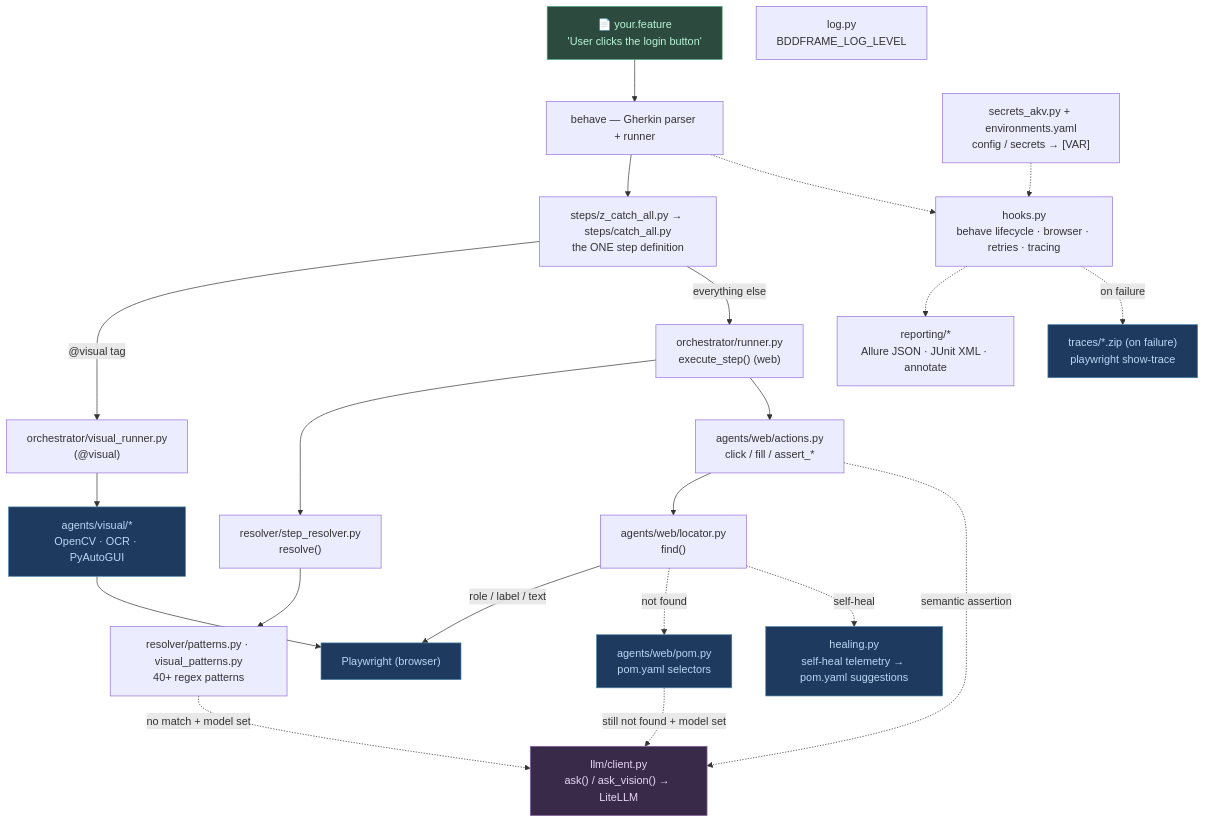
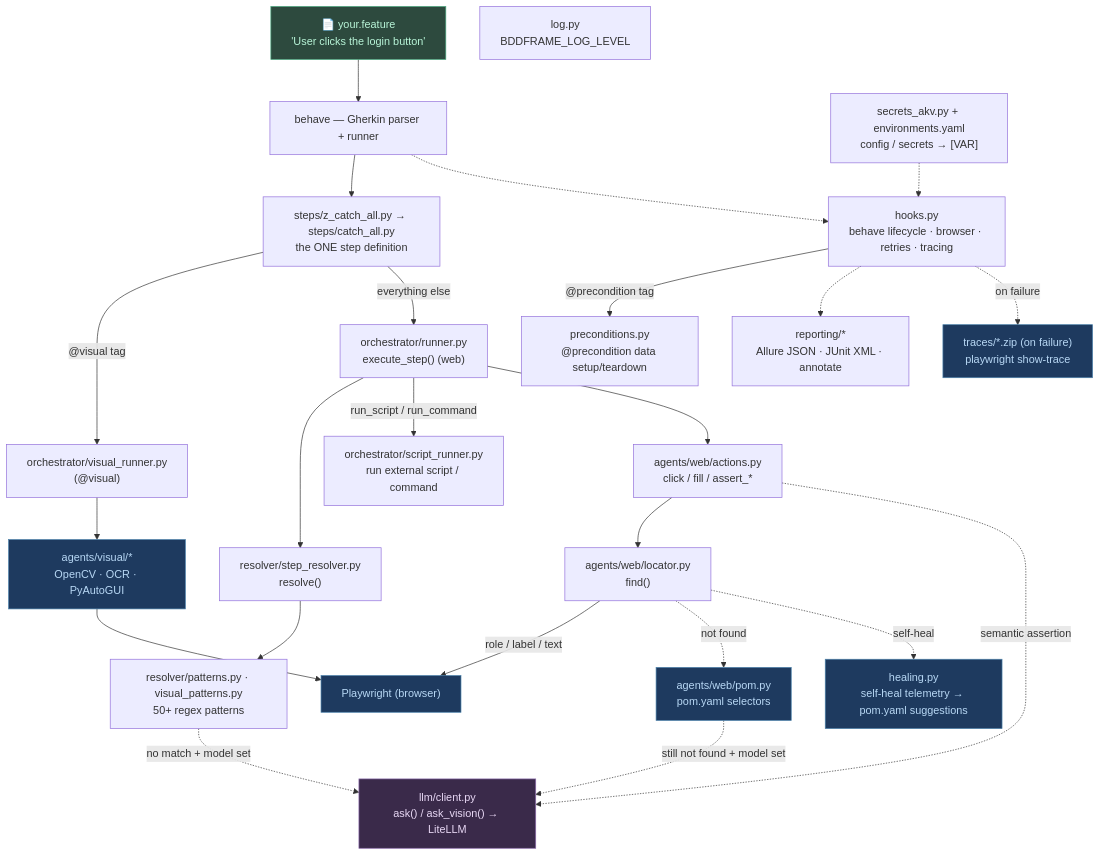
One commit to gheeno/bddframe changed the second of 6 diagrams in docs/architecture.md. Above: the diagram before and after it, drawn with Mermaid. The commit also changed other lines of this file and 5 other files, not shown here.

First line of the commit message:
Docs: prep for prod — fix stale refs, update mermaid, account for BusterBlock

````diff
--- a/docs/architecture.md
+++ b/docs/architecture.md
@@ -97,45 +97,49 @@
 ```mermaid
 flowchart TD
     FEAT["📄 your.feature<br/>'User clicks the login button'"]
     BEHAVE["behave — Gherkin parser + runner"]
     GLUE["steps/z_catch_all.py → steps/catch_all.py<br/>the ONE step definition"]
     RUN["orchestrator/runner.py<br/>execute_step() (web)"]
     VRUN["orchestrator/visual_runner.py<br/>(@visual)"]
     RES["resolver/step_resolver.py<br/>resolve()"]
-    PAT["resolver/patterns.py · visual_patterns.py<br/>40+ regex patterns"]
+    PAT["resolver/patterns.py · visual_patterns.py<br/>50+ regex patterns"]
     ACT["agents/web/actions.py<br/>click / fill / assert_*"]
+    SCRIPT["orchestrator/script_runner.py<br/>run external script / command"]
+    PRE["preconditions.py<br/>@precondition data setup/teardown"]
     LOC["agents/web/locator.py<br/>find()"]
     POM["agents/web/pom.py<br/>pom.yaml selectors"]
     VIS["agents/visual/*<br/>OpenCV · OCR · PyAutoGUI"]
     PW["Playwright (browser)"]
     LLM["llm/client.py<br/>ask() / ask_vision() → LiteLLM"]
     HOOK["hooks.py<br/>behave lifecycle · browser · retries · tracing"]
     REP["reporting/*<br/>Allure JSON · JUnit XML · annotate"]
     SEC["secrets_akv.py + environments.yaml<br/>config / secrets → [VAR]"]
     HEAL["healing.py<br/>self-heal telemetry → pom.yaml suggestions"]
     LOG["log.py<br/>BDDFRAME_LOG_LEVEL"]
     TRACE["traces/*.zip (on failure)<br/>playwright show-trace"]
 
     SEC -.-> HOOK
     FEAT --> BEHAVE --> GLUE
     GLUE -->|"@visual tag"| VRUN --> VIS --> PW
     GLUE -->|"everything else"| RUN
     RUN --> RES --> PAT
     PAT -. "no match + model set" .-> LLM
+    RUN -->|"run_script / run_command"| SCRIPT
+    HOOK -->|"@precondition tag"| PRE
     RUN --> ACT --> LOC -->|"role / label / text"| PW
     LOC -. "not found" .-> POM
     POM -. "still not found + model set" .-> LLM
     ACT -. "semantic assertion" .-> LLM
     LOC -. "self-heal" .-> HEAL
     HOOK -.-> REP
     HOOK -. "on failure" .-> TRACE
     BEHAVE -.-> HOOK
 
     style FEAT fill:#2d4a3e,color:#b8f5d8,stroke:#4aaa80
     style PW fill:#1e3a5f,color:#b8d8f5,stroke:#4a80aa
     style POM fill:#1e3a5f,color:#b8d8f5,stroke:#4a80aa
     style VIS fill:#1e3a5f,color:#b8d8f5,stroke:#4a80aa
     style LLM fill:#3a2a4a,color:#e8d8f5,stroke:#8a6aaa
     style TRACE fill:#1e3a5f,color:#b8d8f5,stroke:#4a80aa
     style HEAL fill:#1e3a5f,color:#b8d8f5,stroke:#4a80aa
 ```
````
